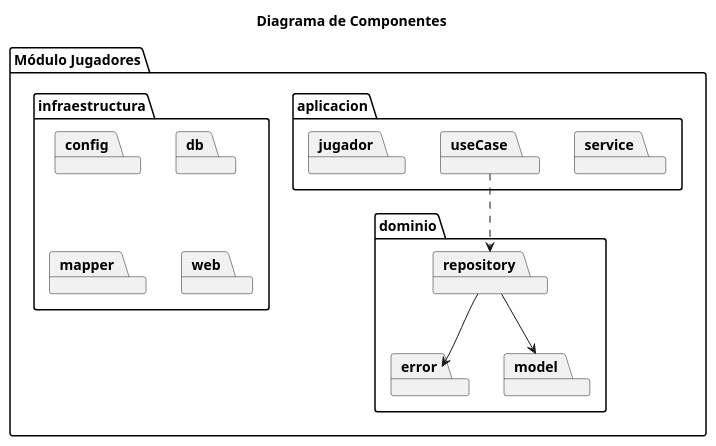
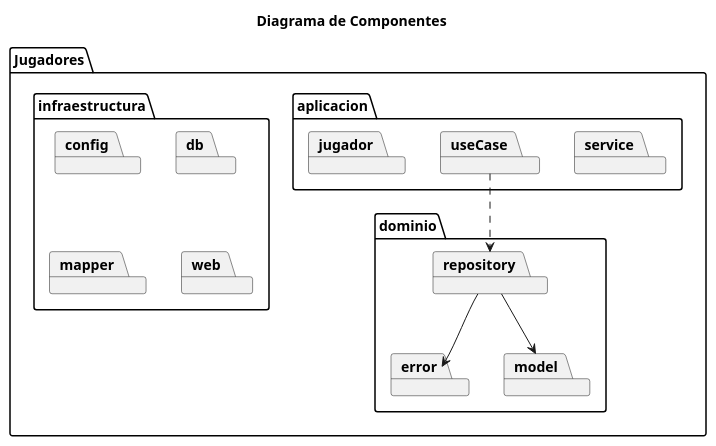
One commit to Jorgepd999/api-java-SpringBoot-Escuela-de-Futbol changed the diagram in doc/arquitectura/componenteJugadores.plantuml. Above: the diagram before and after it, drawn with PlantUML. The commit also changed 1 other file, not shown here.

```diff
--- a/doc/arquitectura/componenteJugadores.plantuml
+++ b/doc/arquitectura/componenteJugadores.plantuml
@@ -1,33 +1,33 @@
 @startuml
 title Diagrama de Componentes
 
-package "Módulo Jugadores" as Jugador{
+package "Jugadores" as Jugador{
 
     package "aplicacion" as aj{
         package "service" as service
         package "useCase" as useCase
         package "jugador" as jugador
     }
 
     package "dominio" as dj{
         package "error" as error
         package "model" as model
         package "repository" as repository
     }
 
     package "infraestructura" as ij{
         package "config" as config
         package "db" as db
         package "mapper" as mapper
         package "web" as web
     }
 
 
     useCase ..> repository
     repository --> model
     repository --> error
 
 }
 
 
 @enduml
```
